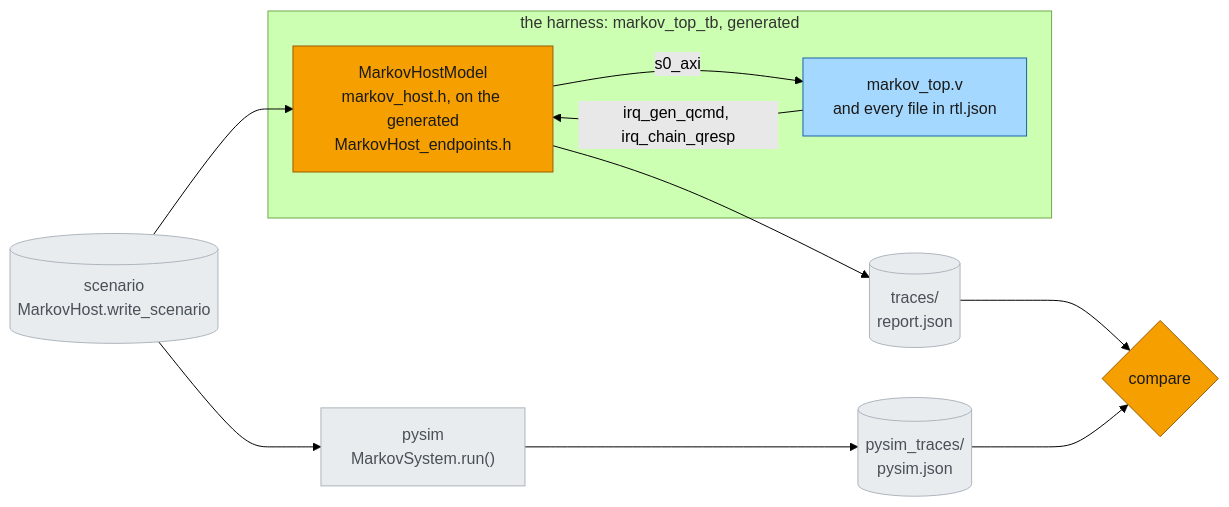
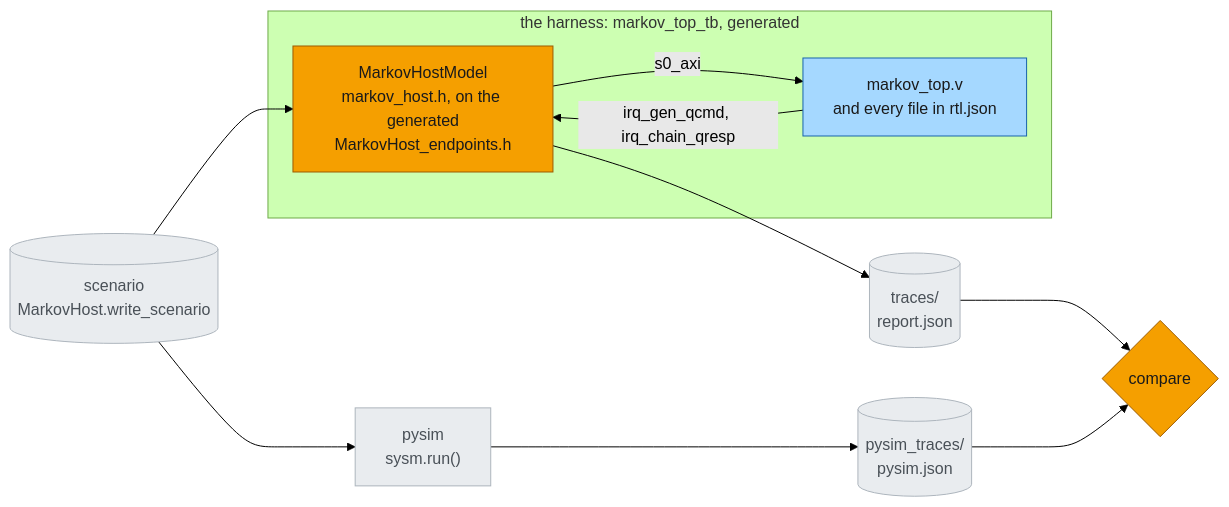
One commit to sdrangan/waveflow changed the diagram in docs/examples/markov/xsi.md. Above: the diagram before and after it, drawn with Mermaid (forest theme). The commit also changed other lines of this file and 19 other files, not shown here.

First line of the commit message:
markov: HwSystem(sim, dut) -- markov_system() replaces the MarkovSystem subclass

````diff
--- a/docs/examples/markov/xsi.md
+++ b/docs/examples/markov/xsi.md
@@ -18,20 +18,20 @@
 ```mermaid
 flowchart LR
   scen[("scenario<br/>MarkovHost.write_scenario")] --> host
   subgraph tb["the harness: markov_top_tb, generated"]
     host["MarkovHostModel<br/>markov_host.h, on the generated<br/>MarkovHost_endpoints.h"]
     top["markov_top.v<br/>and every file in rtl.json"]
     host -- "s0_axi" --> top
     top -- "irq_gen_qcmd, irq_chain_qresp" --> host
   end
   host --> traces[("traces/<br/>report.json")]
-  scen --> pysim["pysim<br/>MarkovSystem.run()"] --> ptraces[("pysim_traces/<br/>pysim.json")]
+  scen --> pysim["pysim<br/>sysm.run()"] --> ptraces[("pysim_traces/<br/>pysim.json")]
   traces --> compare{"compare"}
   ptraces --> compare
   classDef here fill:#f59f00,stroke:#9c5b00,color:#1a1a1a
   classDef earlier fill:#a5d8ff,stroke:#1864ab,color:#1a1a1a
   classDef data fill:#e9ecef,stroke:#adb5bd,color:#495057
   class host,compare here
   class top earlier
   class scen,traces,ptraces,pysim data
 ```
````
